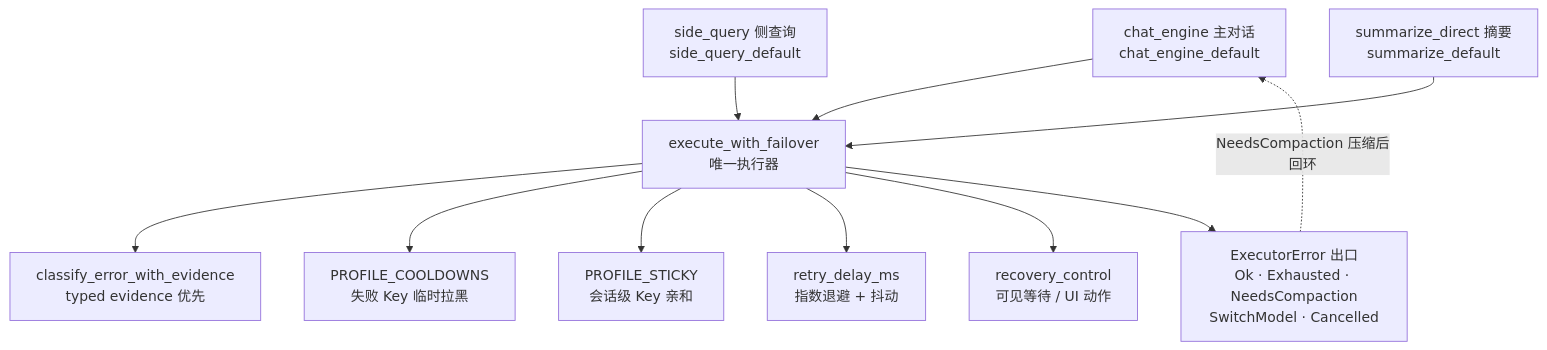
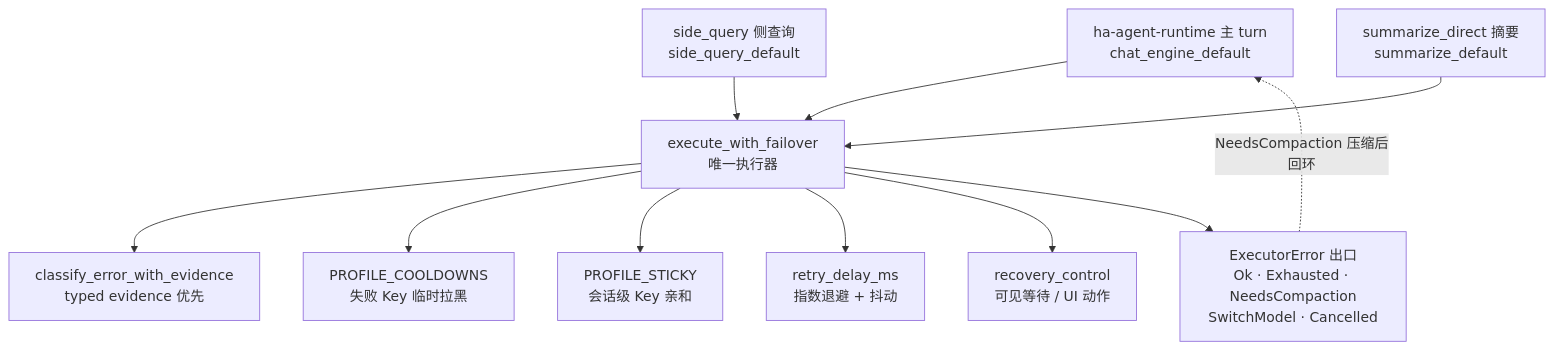
One commit to gabrielmoreira/agent-skills-mirror changed the first of 3 diagrams in mirrors/repos/shiwenwen@hope-agent/docs/architecture/agent/failover.md. Above: the diagram before and after it, drawn with Mermaid. The commit also changed other lines of this file and 2396 other files, not shown here.

````diff
--- a/mirrors/repos/shiwenwen@hope-agent/docs/architecture/agent/failover.md
+++ b/mirrors/repos/shiwenwen@hope-agent/docs/architecture/agent/failover.md
@@ -21,21 +21,21 @@
 ```mermaid
 flowchart TB
-    CE["chat_engine 主对话<br/>chat_engine_default"]
+    CE["ha-agent-runtime 主 turn<br/>chat_engine_default"]
     SQ["side_query 侧查询<br/>side_query_default"]
     SM["summarize_direct 摘要<br/>summarize_default"]
 
     CE --> EX
     SQ --> EX
     SM --> EX
 
     EX["execute_with_failover<br/>唯一执行器"]
 
     EX --> CL["classify_error_with_evidence<br/>typed evidence 优先"]
     EX --> CD["PROFILE_COOLDOWNS<br/>失败 Key 临时拉黑"]
     EX --> ST["PROFILE_STICKY<br/>会话级 Key 亲和"]
     EX --> BO["retry_delay_ms<br/>指数退避 + 抖动"]
     EX --> RC["recovery_control<br/>可见等待 / UI 动作"]
 
     EX --> OUT["ExecutorError 出口<br/>Ok · Exhausted · NeedsCompaction<br/>SwitchModel · Cancelled"]
     OUT -. "NeedsCompaction 压缩后回环" .-> CE
 ```
````
